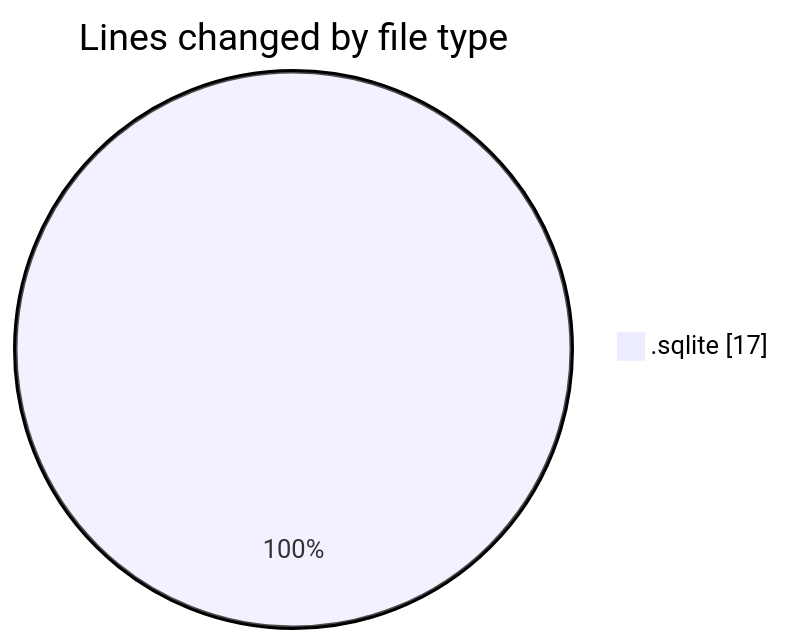
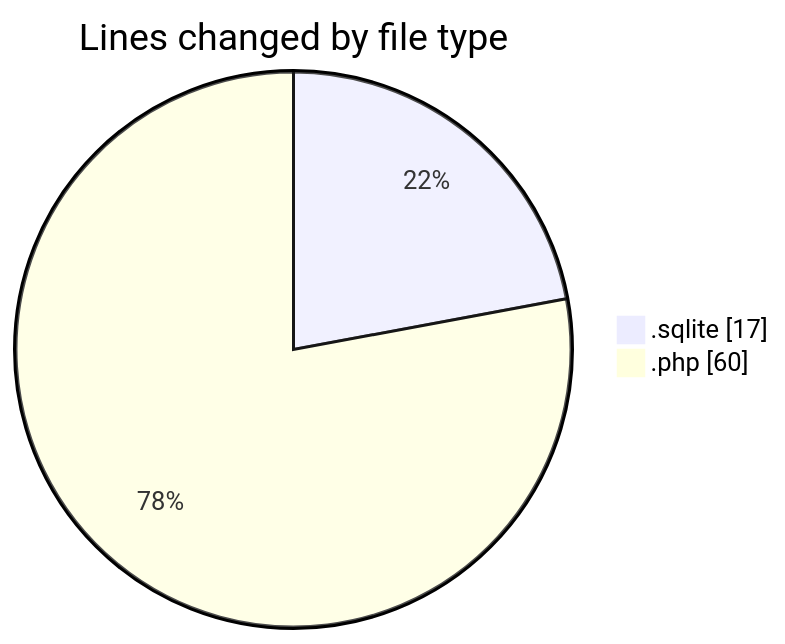
Before and after one commit to Ritupan-Deka/code-tracking: the first of 2 diagrams in 2025-10-07/url-shortener/README.md, drawn with Mermaid. The commit also changed other lines of this file and 1 other file, not shown here.

````diff
--- a/2025-10-07/url-shortener/README.md
+++ b/2025-10-07/url-shortener/README.md
@@ -20,5 +21,6 @@
 ```mermaid
 pie showData
 title Lines changed by file type
 ".sqlite" : 17
+".php" : 60
 ```
````
